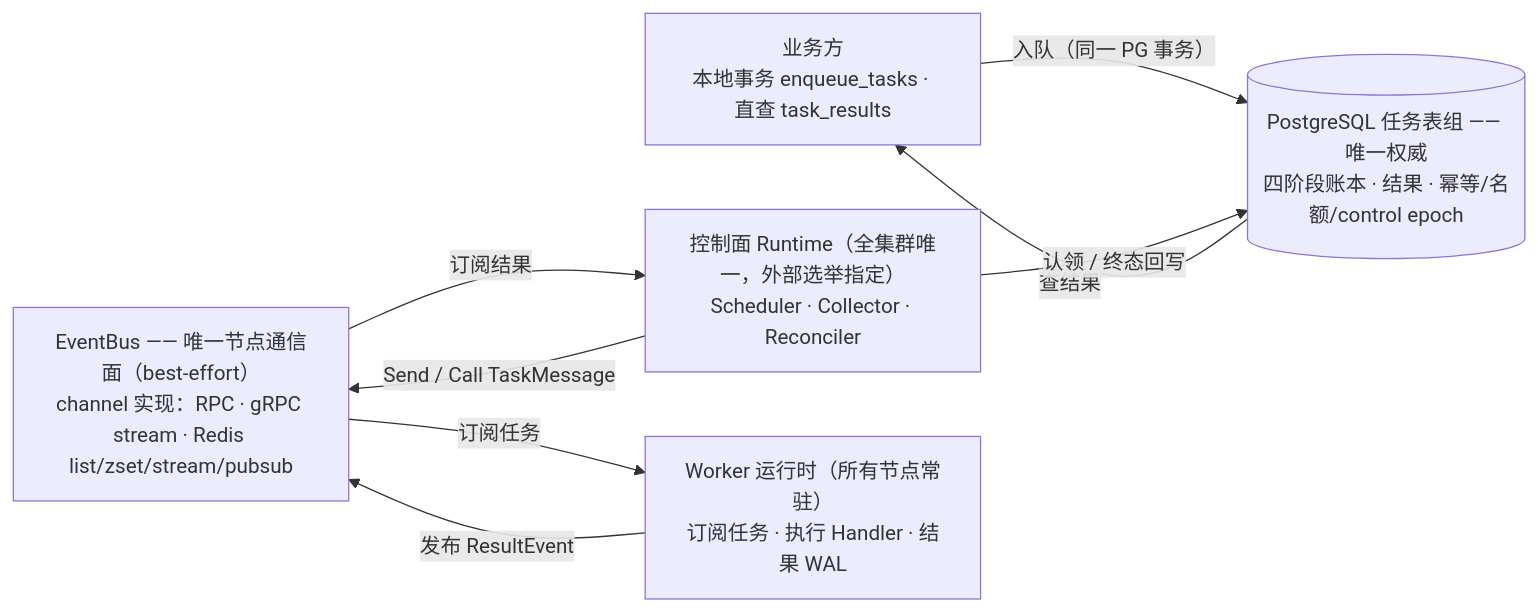
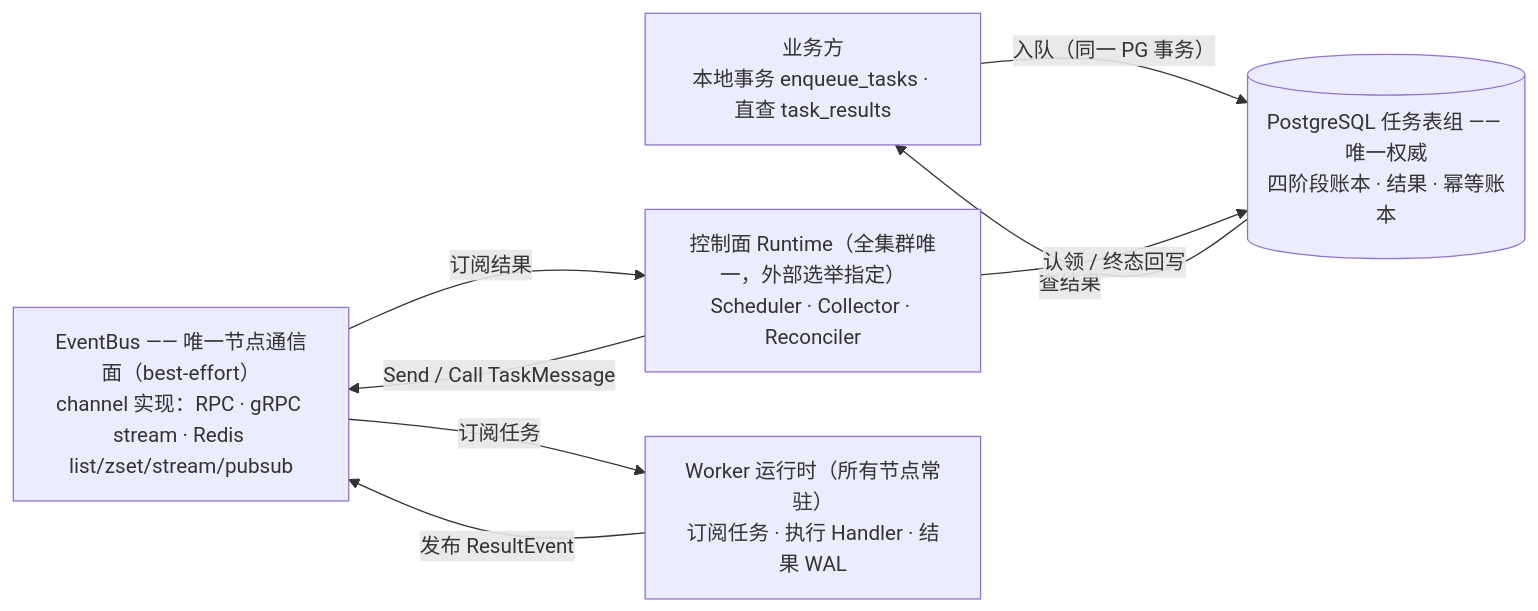
Before and after one commit to improvtrace/stateflux: the diagram in .docs/design/01-principles.md, drawn with Mermaid. The commit also changed other lines of this file and 46 other files, not shown here.

````diff
--- a/.docs/design/01-principles.md
+++ b/.docs/design/01-principles.md
@@ -57,16 +56,16 @@
 ```mermaid
 flowchart LR
     C["业务方<br/>本地事务 enqueue_tasks · 直查 task_results"]
-    PG[("PostgreSQL 任务表组 —— 唯一权威<br/>四阶段账本 · 结果 · 幂等/名额/control epoch")]
+    PG[("PostgreSQL 任务表组 —— 唯一权威<br/>四阶段账本 · 结果 · 幂等账本")]
     EB["EventBus —— 唯一节点通信面（best-effort）<br/>channel 实现：RPC · gRPC stream · Redis list/zset/stream/pubsub"]
     S["控制面 Runtime（全集群唯一，外部选举指定）<br/>Scheduler · Collector · Reconciler"]
     W["Worker 运行时（所有节点常驻）<br/>订阅任务 · 执行 Handler · 结果 WAL"]
 
     C -->|"入队（同一 PG 事务）"| PG
     PG -->|"查结果"| C
     S -->|"认领 / 终态回写"| PG
     S -->|"Send / Call TaskMessage"| EB
     EB -->|"订阅任务"| W
     W -->|"发布 ResultEvent"| EB
     EB -->|"订阅结果"| S
 ```
````
